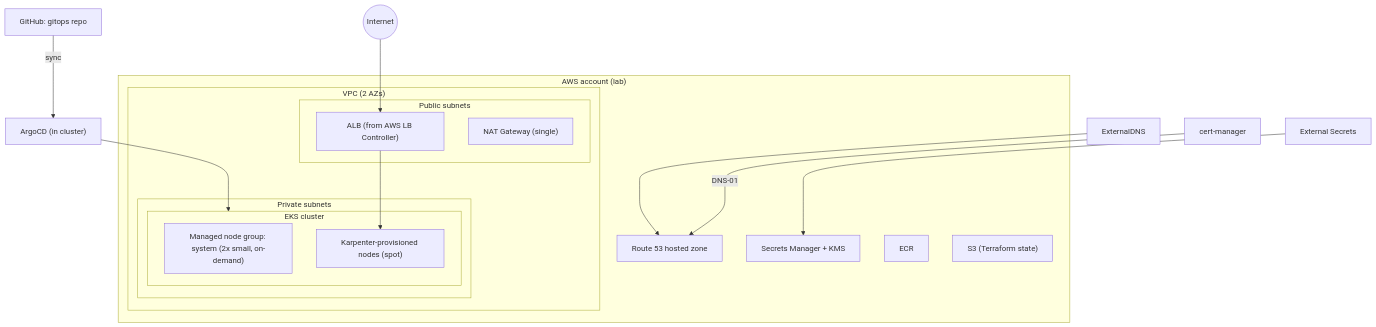
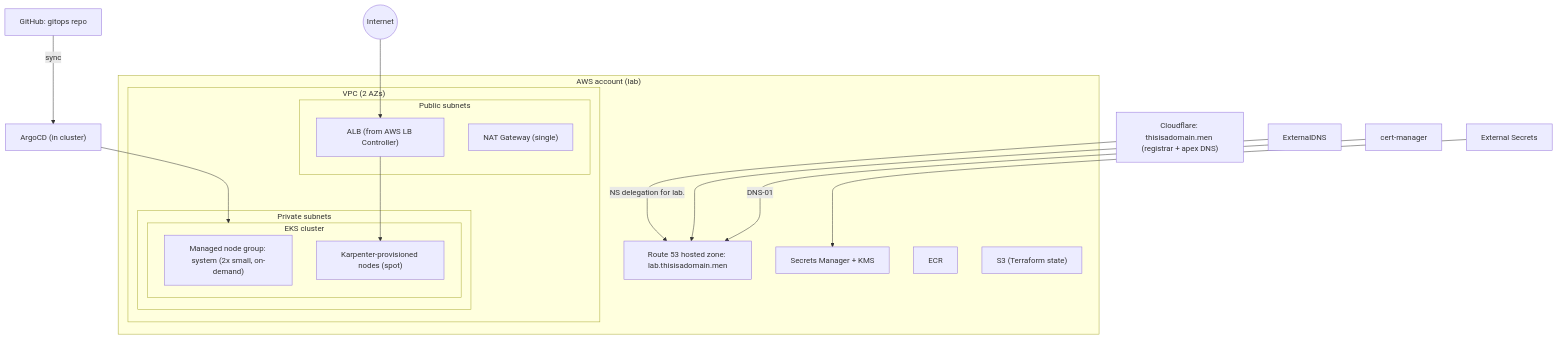
Before and after one commit to Barnbarn96/eks-terraform: the diagram in docs/project-plan.md, drawn with Mermaid. The commit also changed other lines of this file and 2 other files, not shown here.

````diff
--- a/docs/project-plan.md
+++ b/docs/project-plan.md
@@ -37,29 +37,30 @@
 ```mermaid
 flowchart TB
   subgraph AWS["AWS account (lab)"]
     subgraph VPC["VPC (2 AZs)"]
       subgraph Public["Public subnets"]
         ALB["ALB (from AWS LB Controller)"]
         NAT["NAT Gateway (single)"]
       end
       subgraph Private["Private subnets"]
         subgraph EKS["EKS cluster"]
           SYS["Managed node group: system (2x small, on-demand)"]
           KARP["Karpenter-provisioned nodes (spot)"]
         end
       end
     end
-    R53["Route 53 hosted zone"]
+    R53["Route 53 hosted zone: lab.thisisadomain.men"]
     SM["Secrets Manager + KMS"]
     ECR["ECR"]
     S3["S3 (Terraform state)"]
   end
 
+  CF["Cloudflare: thisisadomain.men (registrar + apex DNS)"] -->|NS delegation for lab.| R53
   GH["GitHub: gitops repo"] -->|sync| ARGO["ArgoCD (in cluster)"]
   ARGO --> EKS
   ALB --> KARP
   EXTDNS["ExternalDNS"] --> R53
   ESO["External Secrets"] --> SM
   CM["cert-manager"] -->|DNS-01| R53
   User((Internet)) --> ALB
 ```
````
